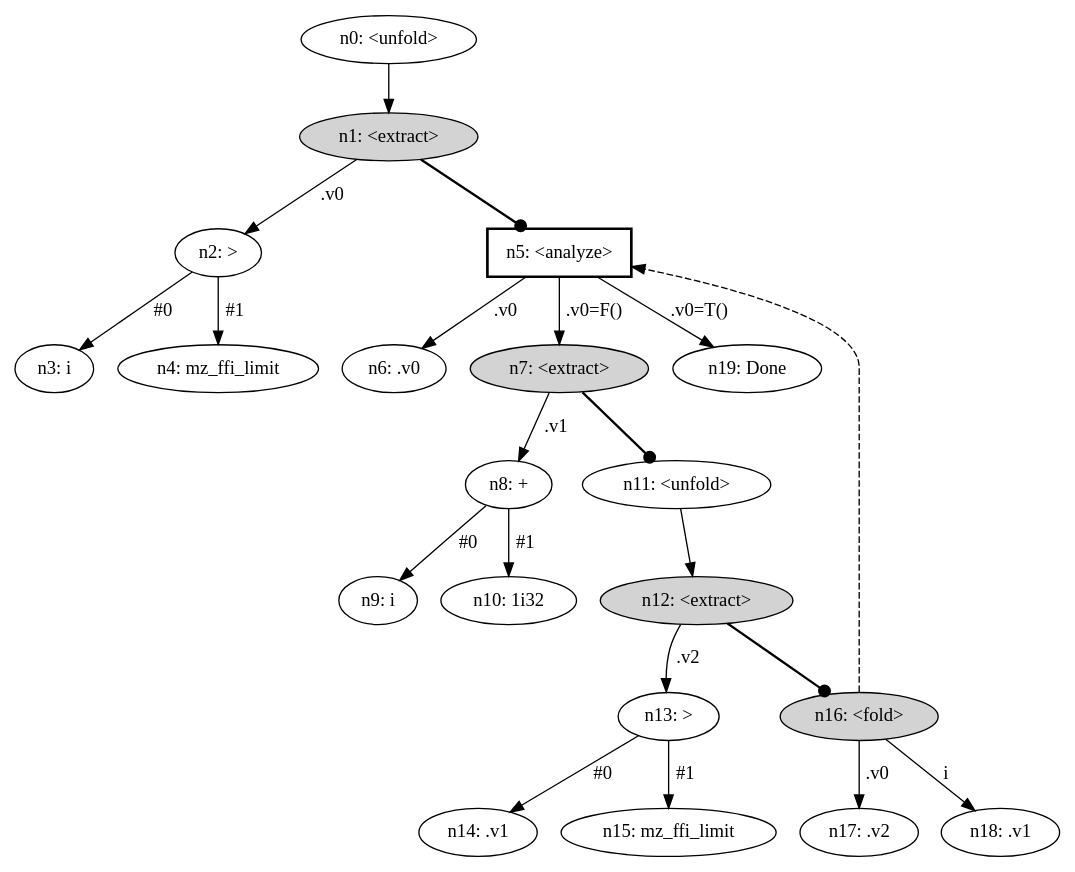
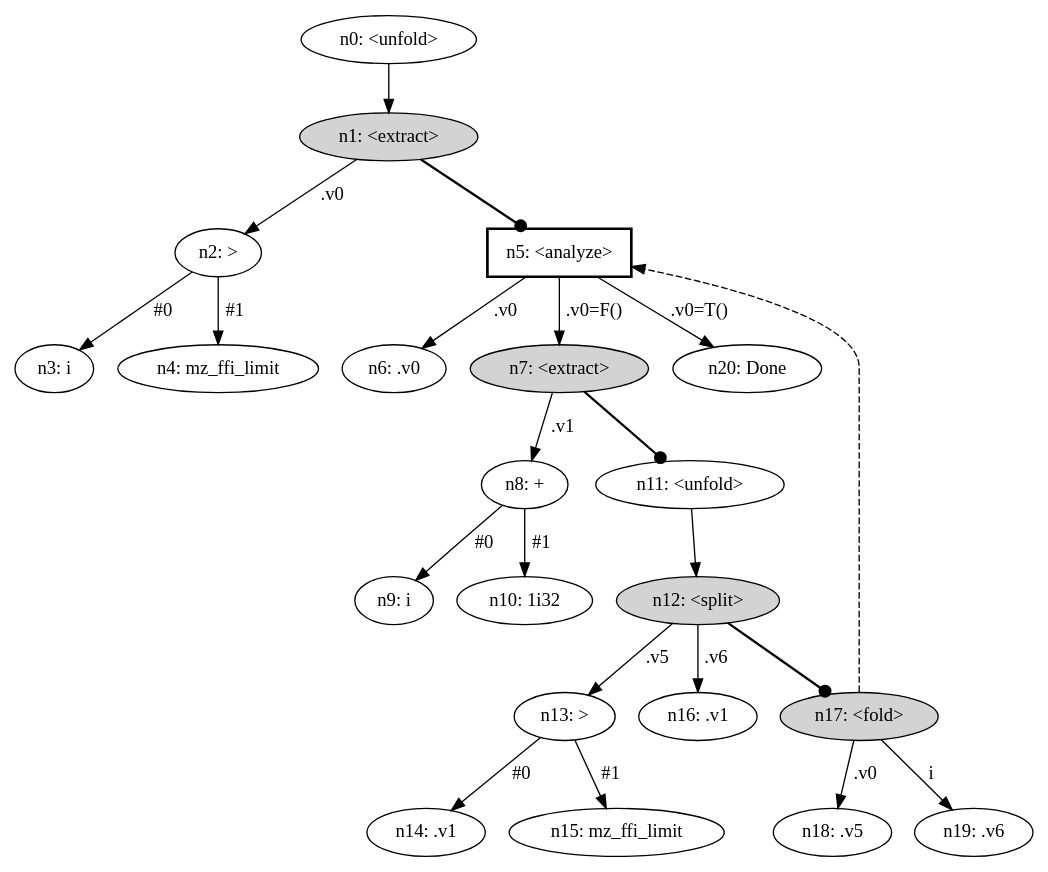
The diagram in examples/ffi-loop/target/graph.dot (hirrolot/mazeppa), drawn with Graphviz before and after one commit. The commit also changed 26 other files, not shown here.

```diff
--- a/examples/ffi-loop/target/graph.dot
+++ b/examples/ffi-loop/target/graph.dot
@@ -1,44 +1,46 @@
 digraph {
     node [fontname="bold helvetica"];
     edge [fontname="bold helvetica"];
     n0 [label="n0: <unfold>"];
     n1 [label="n1: <extract>"] [style=filled];
     n0 -> n1;
     n2 [label="n2: >"];
     n1 -> n2 [label=" .v0 "];
     n3 [label="n3: i"];
     n2 -> n3 [label=" #0 "];
     n4 [label="n4: mz_ffi_limit"];
     n2 -> n4 [label=" #1 "];
     n5 [label="n5: <analyze>"] [shape=box style=bold];
     n1 -> n5 [penwidth=1.7 arrowhead=dot];
     n6 [label="n6: .v0"];
     n5 -> n6 [label=" .v0 "];
     n7 [label="n7: <extract>"] [style=filled];
     n5 -> n7 [label=" .v0=F() "];
     n8 [label="n8: +"];
     n7 -> n8 [label=" .v1 "];
     n9 [label="n9: i"];
     n8 -> n9 [label=" #0 "];
     n10 [label="n10: 1i32"];
     n8 -> n10 [label=" #1 "];
     n11 [label="n11: <unfold>"];
     n7 -> n11 [penwidth=1.7 arrowhead=dot];
-    n12 [label="n12: <extract>"] [style=filled];
+    n12 [label="n12: <split>"] [style=filled];
     n11 -> n12;
     n13 [label="n13: >"];
-    n12 -> n13 [label=" .v2 "];
+    n12 -> n13 [label=" .v5 "];
     n14 [label="n14: .v1"];
     n13 -> n14 [label=" #0 "];
     n15 [label="n15: mz_ffi_limit"];
     n13 -> n15 [label=" #1 "];
-    n16 [label="n16: <fold>"] [style=filled];
-    n12 -> n16 [penwidth=1.7 arrowhead=dot];
-    n16 -> n5 [style=dashed];
-    n17 [label="n17: .v2"];
-    n16 -> n17 [label=" .v0 "];
-    n18 [label="n18: .v1"];
-    n16 -> n18 [label=" i "];
-    n19 [label="n19: Done"];
-    n5 -> n19 [label=" .v0=T() "];
+    n16 [label="n16: .v1"];
+    n12 -> n16 [label=" .v6 "];
+    n17 [label="n17: <fold>"] [style=filled];
+    n12 -> n17 [penwidth=1.7 arrowhead=dot];
+    n17 -> n5 [style=dashed];
+    n18 [label="n18: .v5"];
+    n17 -> n18 [label=" .v0 "];
+    n19 [label="n19: .v6"];
+    n17 -> n19 [label=" i "];
+    n20 [label="n20: Done"];
+    n5 -> n20 [label=" .v0=T() "];
 }
```
